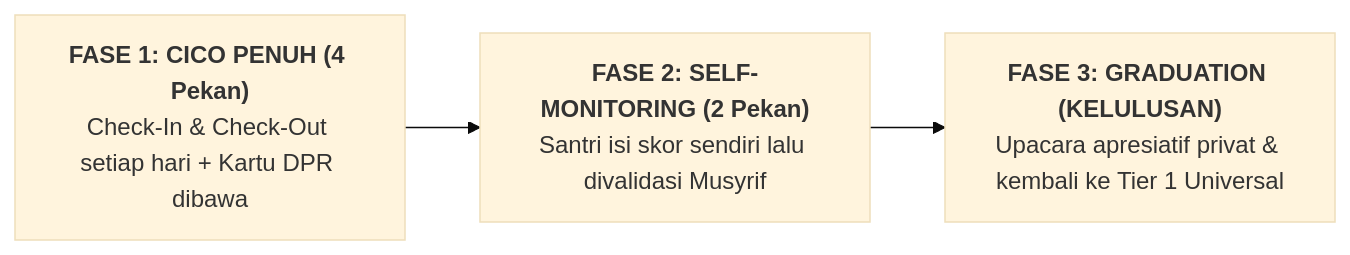
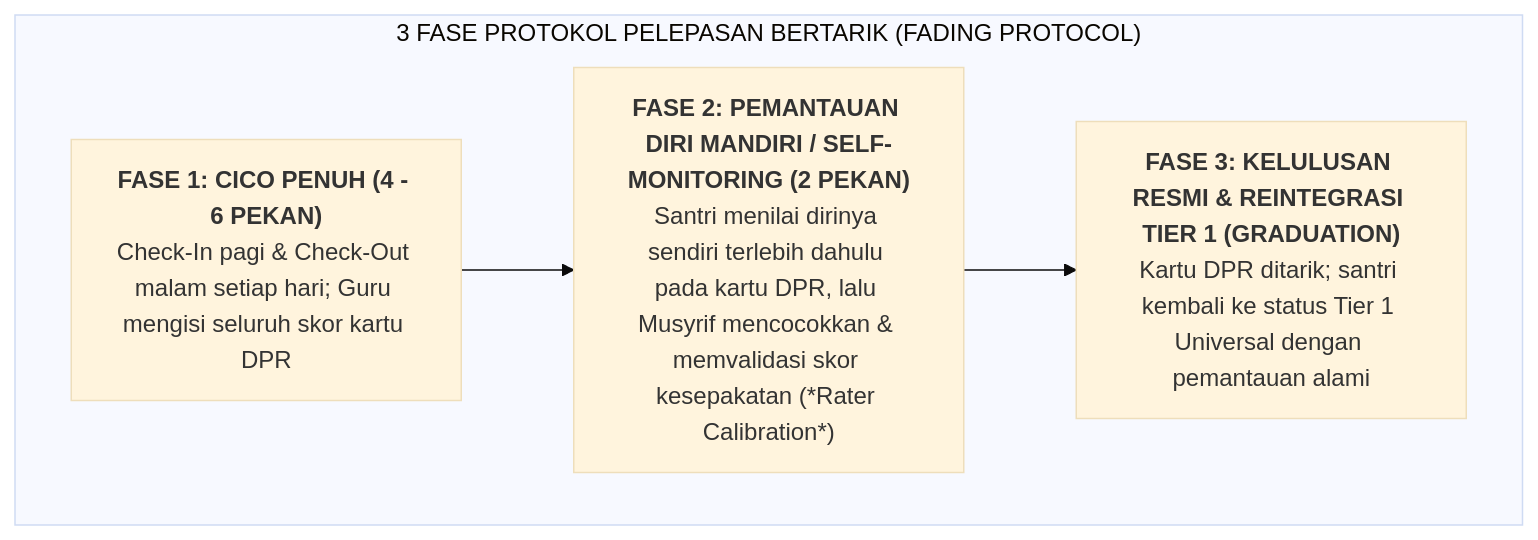
The diagram in BOOK Series 2/Volume-04-Intervensi-PBIS-dan-Disiplin-Restoratif/Bab-03-Intervensi-Tier-2-CICO/03-Kriteria-Kelulusan-Fading-Protocol.md (wandiapriliyandi/tumbuh), drawn with Mermaid (base theme) before and after one commit. The commit also changed other lines of this file and 61 other files, not shown here.

````diff
--- a/BOOK Series 2/Volume-04-Intervensi-PBIS-dan-Disiplin-Restoratif/Bab-03-Intervensi-Tier-2-CICO/03-Kriteria-Kelulusan-Fading-Protocol.md
+++ b/BOOK Series 2/Volume-04-Intervensi-PBIS-dan-Disiplin-Restoratif/Bab-03-Intervensi-Tier-2-CICO/03-Kriteria-Kelulusan-Fading-Protocol.md
@@ -11,5 +11,12 @@
 ```mermaid
-flowchart LR
-    F1["<b>FASE 1: CICO PENUH (4 Pekan)</b><br/>Check-In & Check-Out setiap hari + Kartu DPR dibawa"] --> F2["<b>FASE 2: SELF-MONITORING (2 Pekan)</b><br/>Santri isi skor sendiri lalu divalidasi Musyrif"]
-    F2 --> F3["<b>FASE 3: GRADUATION (KELULUSAN)</b><br/>Upacara apresiatif privat & kembali ke Tier 1 Universal"]
+flowchart TD
+    subgraph FadingProtocol["3 FASE PROTOKOL PELEPASAN BERTARIK (FADING PROTOCOL)"]
+        F1["<b>FASE 1: CICO PENUH (4 - 6 PEKAN)</b><br/>Check-In pagi & Check-Out malam setiap hari; Guru mengisi seluruh skor kartu DPR"]
+        
+        F2["<b>FASE 2: PEMANTAUAN DIRI MANDIRI / SELF-MONITORING (2 PEKAN)</b><br/>Santri menilai dirinya sendiri terlebih dahulu pada kartu DPR, lalu Musyrif mencocokkan & memvalidasi skor kesepakatan (*Rater Calibration*)"]
+        
+        F3["<b>FASE 3: KELULUSAN RESMI & REINTEGRASI TIER 1 (GRADUATION)</b><br/>Kartu DPR ditarik; santri kembali ke status Tier 1 Universal dengan pemantauan alami"]
+
+        F1 --> F2 --> F3
+    end
 ```
````
